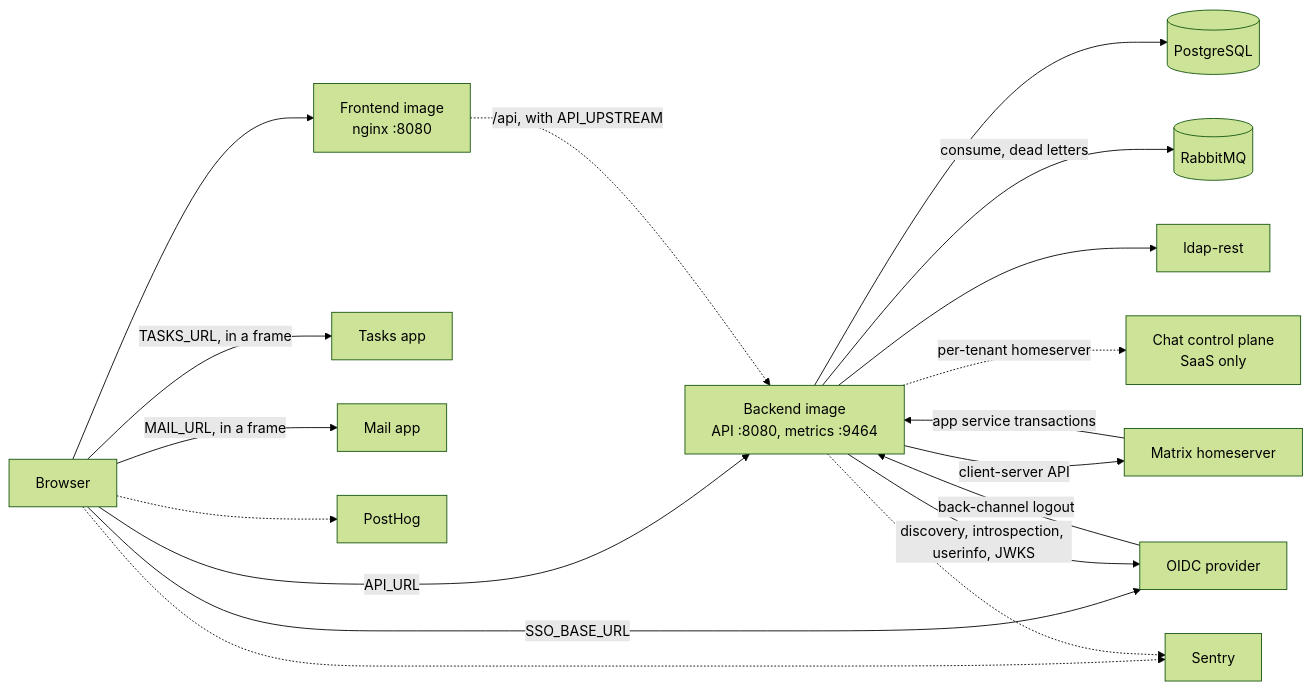
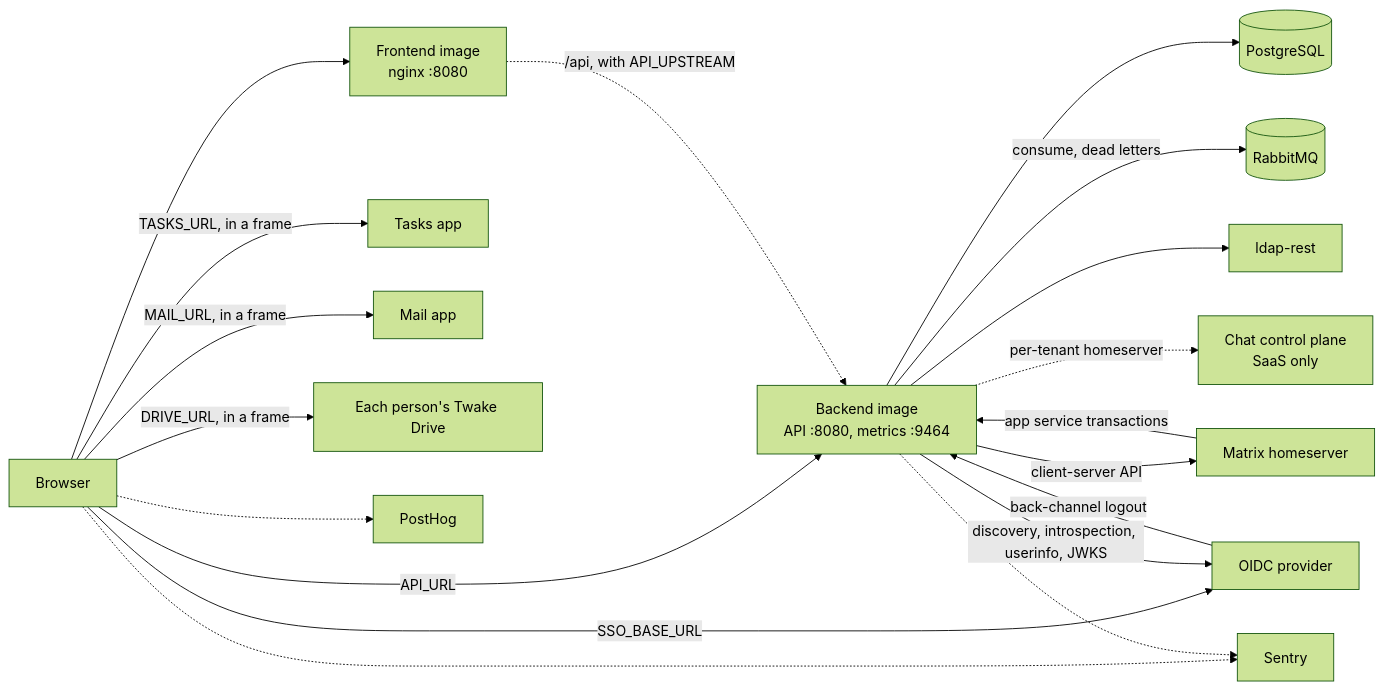
One commit to linagora/twake-space changed the diagram in docs/deploy.md. Above: the diagram before and after it, drawn with Mermaid (forest theme). The commit also changed other lines of this file and 26 other files, not shown here.

Commit message:
feat(frontend): frame each person's Twake Drive on the Drive tab

````diff
--- a/docs/deploy.md
+++ b/docs/deploy.md
@@ -10,34 +10,36 @@
 ```mermaid
 flowchart LR
   browser[Browser]
   fe[Frontend image<br/>nginx :8080]
   be[Backend image<br/>API :8080, metrics :9464]
   pg[(PostgreSQL)]
   rabbitmq[(RabbitMQ)]
   ldap[ldap-rest]
   oidc[OIDC provider]
   hs[Matrix homeserver]
   cp[Chat control plane<br/>SaaS only]
   tasks[Tasks app]
   mail[Mail app]
+  drive[Each person's Twake Drive]
   sentry[Sentry]
   posthog[PostHog]
 
   browser --> fe
   browser -->|API_URL| be
   fe -.->|/api, with API_UPSTREAM| be
   browser -->|SSO_BASE_URL| oidc
   browser -->|TASKS_URL, in a frame| tasks
   browser -->|MAIL_URL, in a frame| mail
+  browser -->|DRIVE_URL, in a frame| drive
   browser -.-> sentry
   browser -.-> posthog
   be --> pg
   be -->|consume, dead letters| rabbitmq
   be --> ldap
   be -->|discovery, introspection, userinfo, JWKS| oidc
   oidc -->|back-channel logout| be
   be -->|client-server API| hs
   hs -->|app service transactions| be
   be -.->|per-tenant homeserver| cp
   be -.-> sentry
 ```
````
